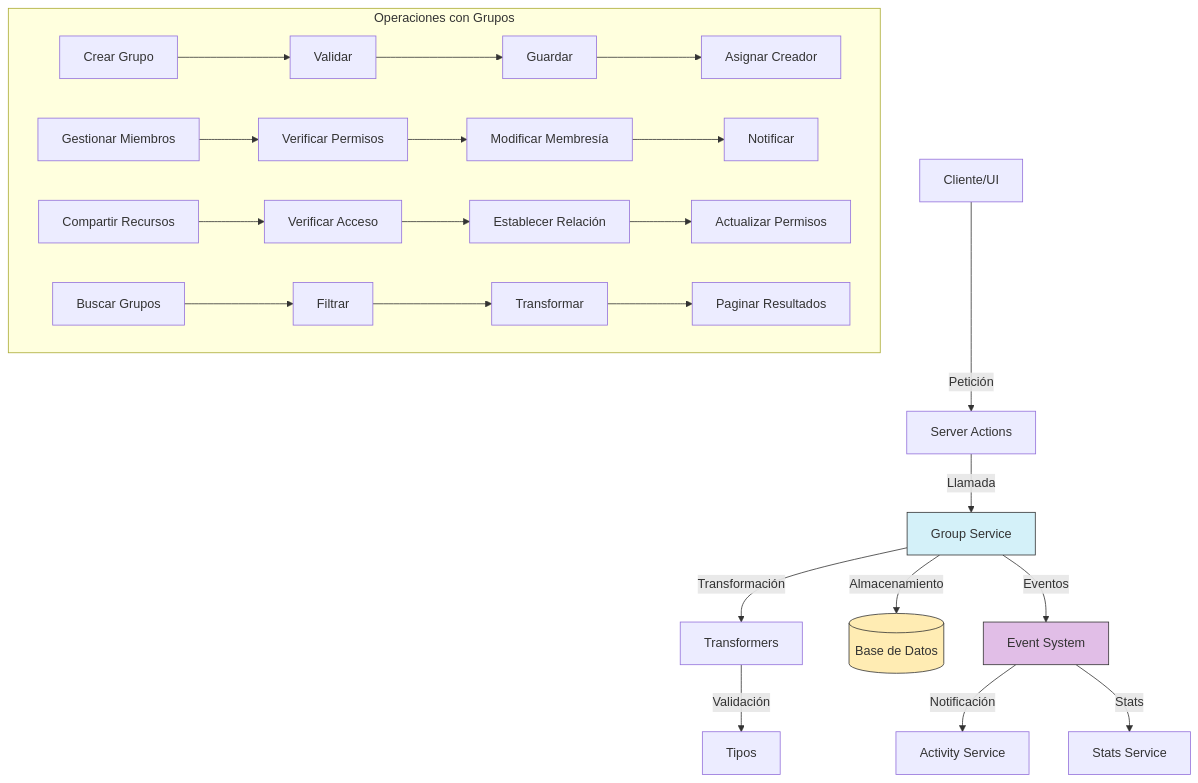
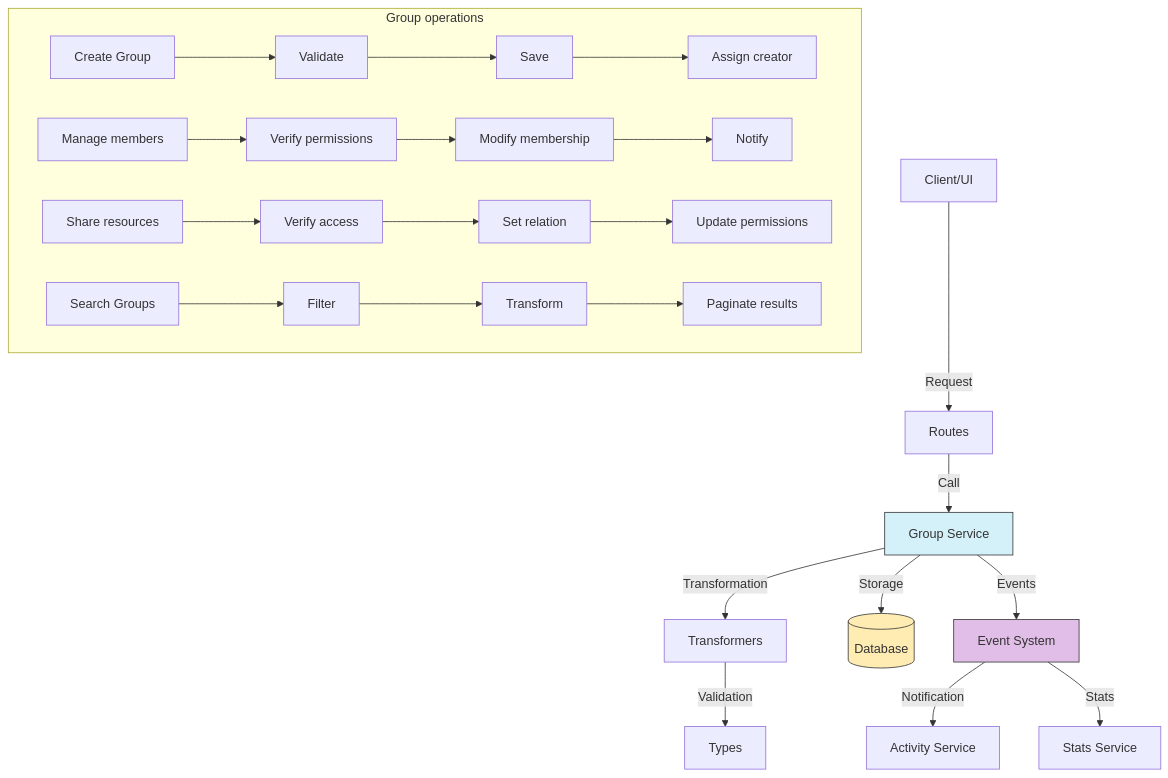
Before and after one commit to gvastethecreator/media-manager: the diagram in src/services/group/README.md, drawn with Mermaid. The commit also changed other lines of this file and 98 other files, not shown here.

Commit message:
docs: initialize comprehensive architectural documentation and component-level README files across the repository.

````diff
--- a/src/services/group/README.md
+++ b/src/services/group/README.md
@@ -9,33 +15,33 @@
 ```mermaid
 graph TD
-    A[Cliente/UI] -->|Petición| B[Server Actions]
-    B -->|Llamada| C[Group Service]
-    C -->|Transformación| D[Transformers]
-    D -->|Validación| E[Tipos]
-    C -->|Almacenamiento| F[(Base de Datos)]
-    C -->|Eventos| G[Event System]
-    G -->|Notificación| H[Activity Service]
+    A[Client/UI] -->|Request| B[Routes]
+    B -->|Call| C[Group Service]
+    C -->|Transformation| D[Transformers]
+    D -->|Validation| E[Types]
+    C -->|Storage| F[(Database)]
+    C -->|Events| G[Event System]
+    G -->|Notification| H[Activity Service]
     G -->|Stats| I[Stats Service]
 
-    subgraph "Operaciones con Grupos"
-        J[Crear Grupo] --> K[Validar]
-        K --> L[Guardar]
-        L --> M[Asignar Creador]
+    subgraph "Group operations"
+        J[Create Group] --> K[Validate]
+        K --> L[Save]
+        L --> M[Assign creator]
 
-        N[Gestionar Miembros] --> O[Verificar Permisos]
-        O --> P[Modificar Membresía]
-        P --> Q[Notificar]
+        N[Manage members] --> O[Verify permissions]
+        O --> P[Modify membership]
+        P --> Q[Notify]
 
-        R[Compartir Recursos] --> S[Verificar Acceso]
-        S --> T[Establecer Relación]
-        T --> U[Actualizar Permisos]
+        R[Share resources] --> S[Verify access]
+        S --> T[Set relation]
+        T --> U[Update permissions]
 
-        V[Buscar Grupos] --> W[Filtrar]
-        W --> X[Transformar]
-        X --> Y[Paginar Resultados]
+        V[Search Groups] --> W[Filter]
+        W --> X[Transform]
+        X --> Y[Paginate results]
     end
 
     style C fill:#d4f1f9,stroke:#333,stroke-width:1px
     style F fill:#ffecb3,stroke:#333,stroke-width:1px
     style G fill:#e1bee7,stroke:#333,stroke-width:1px
 ```
````
